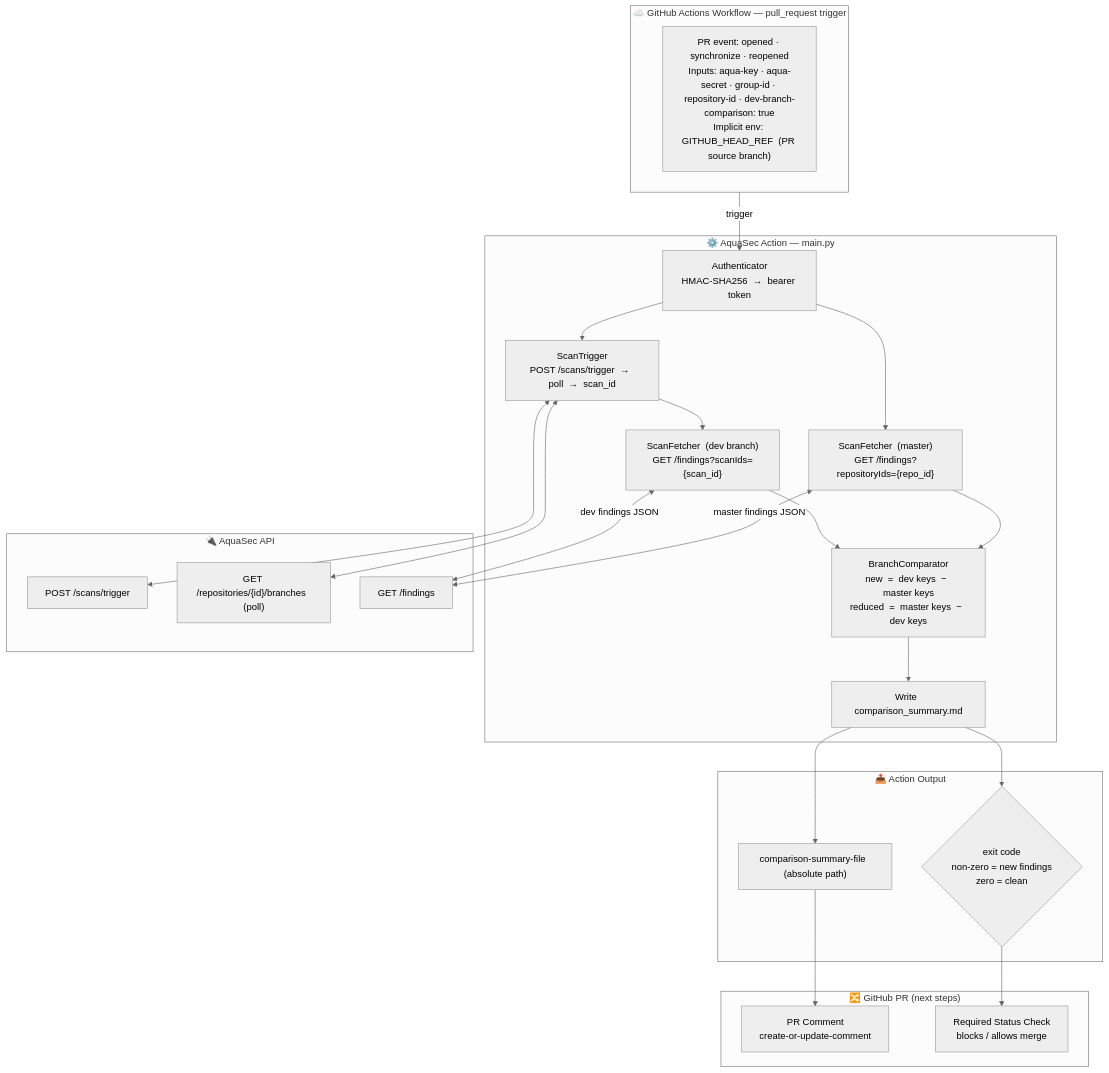
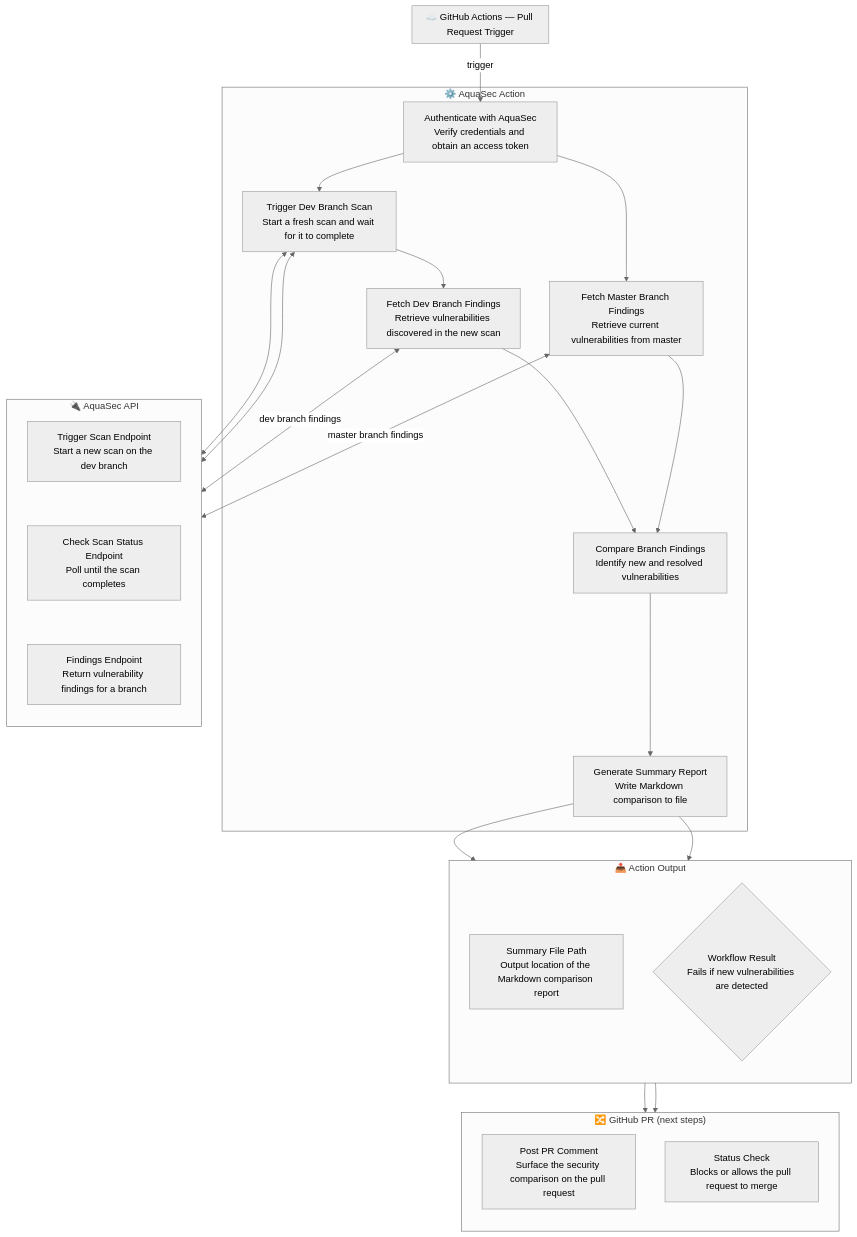
Before and after one commit to AbsaOSS/aquasec-scan-results: the diagram in docs/branch-comparison-mode.md, drawn with Mermaid (neutral theme). The commit also changed 1 other file, not shown here.

Commit message:
docs: update diagrams and descriptions in Branch Comparison and Night Scan modes

````diff
--- a/docs/branch-comparison-mode.md
+++ b/docs/branch-comparison-mode.md
@@ -36,48 +36,51 @@
 ```mermaid
 flowchart TB
-    subgraph GHA["☁️ GitHub Actions Workflow  —  pull_request trigger"]
-        TRG["PR event: opened · synchronize · reopened\nInputs: aqua-key · aqua-secret · group-id · repository-id · dev-branch-comparison: true\nImplicit env: GITHUB_HEAD_REF  (PR source branch)"]
+    subgraph GHA["☁️ GitHub Actions — Pull Request Trigger"]
     end
 
-    subgraph ACTION["⚙️ AquaSec Action  —  main.py"]
-        AUTH["Authenticator\nHMAC-SHA256  →  bearer token"]
-        ST["ScanTrigger\nPOST /scans/trigger  →  poll  →  scan_id"]
-        FETCH_DEV["ScanFetcher  (dev branch)\nGET /findings?scanIds={scan_id}"]
-        FETCH_MASTER["ScanFetcher  (master)\nGET /findings?repositoryIds={repo_id}"]
-        COMP["BranchComparator\nnew  =  dev keys  −  master keys\nreduced  =  master keys  −  dev keys"]
-        MD["Write  comparison_summary.md"]
+    subgraph ACTION["⚙️ AquaSec Action"]
+        AUTH["Authenticate with AquaSec<br/>Verify credentials and obtain an access token"]
+        ST["Trigger Dev Branch Scan<br/>Start a fresh scan and wait for it to complete"]
+        FETCH_DEV["Fetch Dev Branch Findings<br/>Retrieve vulnerabilities discovered in the new scan"]
+        FETCH_MASTER["Fetch Master Branch Findings<br/>Retrieve current vulnerabilities from master"]
+        COMP["Compare Branch Findings<br/>Identify new and resolved vulnerabilities"]
+        MD["Generate Summary Report<br/>Write Markdown comparison to file"]
 
         AUTH         --> ST
         ST           --> FETCH_DEV
         AUTH         --> FETCH_MASTER
         FETCH_DEV    --> COMP
         FETCH_MASTER --> COMP
         COMP         --> MD
     end
 
     subgraph AQUASEC["🔌 AquaSec API"]
-        A1["POST /scans/trigger"]
-        A2["GET /repositories/{id}/branches  (poll)"] 
-        A3["GET /findings"]
+        direction TB
+        A1["Trigger Scan Endpoint<br/>Start a new scan on the dev branch"]
+        A2["Check Scan Status Endpoint<br/>Poll until the scan completes"]
+        A3["Findings Endpoint<br/>Return vulnerability findings for a branch"]
+        A1 ~~~ A2 ~~~ A3
     end
 
     subgraph STEPOUT["📤 Action Output"]
-        SUMMARY["comparison-summary-file  (absolute path)"]
-        EXIT{"exit code\nnon-zero = new findings\nzero = clean"}
+        direction TB
+        SUMMARY["Summary File Path<br/>Output location of the Markdown comparison report"]
+        EXIT{"Workflow Result<br/>Fails if new vulnerabilities are detected"}
     end
 
     subgraph PR["🔀 GitHub PR  (next steps)"]
-        COMMENT["PR Comment\ncreate-or-update-comment"]
-        CHECK["Required Status Check\nblocks / allows merge"]
+        direction TB
+        COMMENT["Post PR Comment<br/>Surface the security comparison on the pull request"]
+        CHECK["Status Check<br/>Blocks or allows the pull request to merge"]
     end
 
     GHA          -->|"trigger"| AUTH
     ST          <-->  A1
     ST          <-->  A2
-    FETCH_DEV   <-->|"dev findings JSON"| A3
-    FETCH_MASTER<-->|"master findings JSON"| A3
+    FETCH_DEV   <-->|"dev branch findings"| A3
+    FETCH_MASTER<-->|"master branch findings"| A3
     MD           --> SUMMARY
     MD           --> EXIT
     SUMMARY      --> COMMENT
     EXIT         --> CHECK
 ```
````
